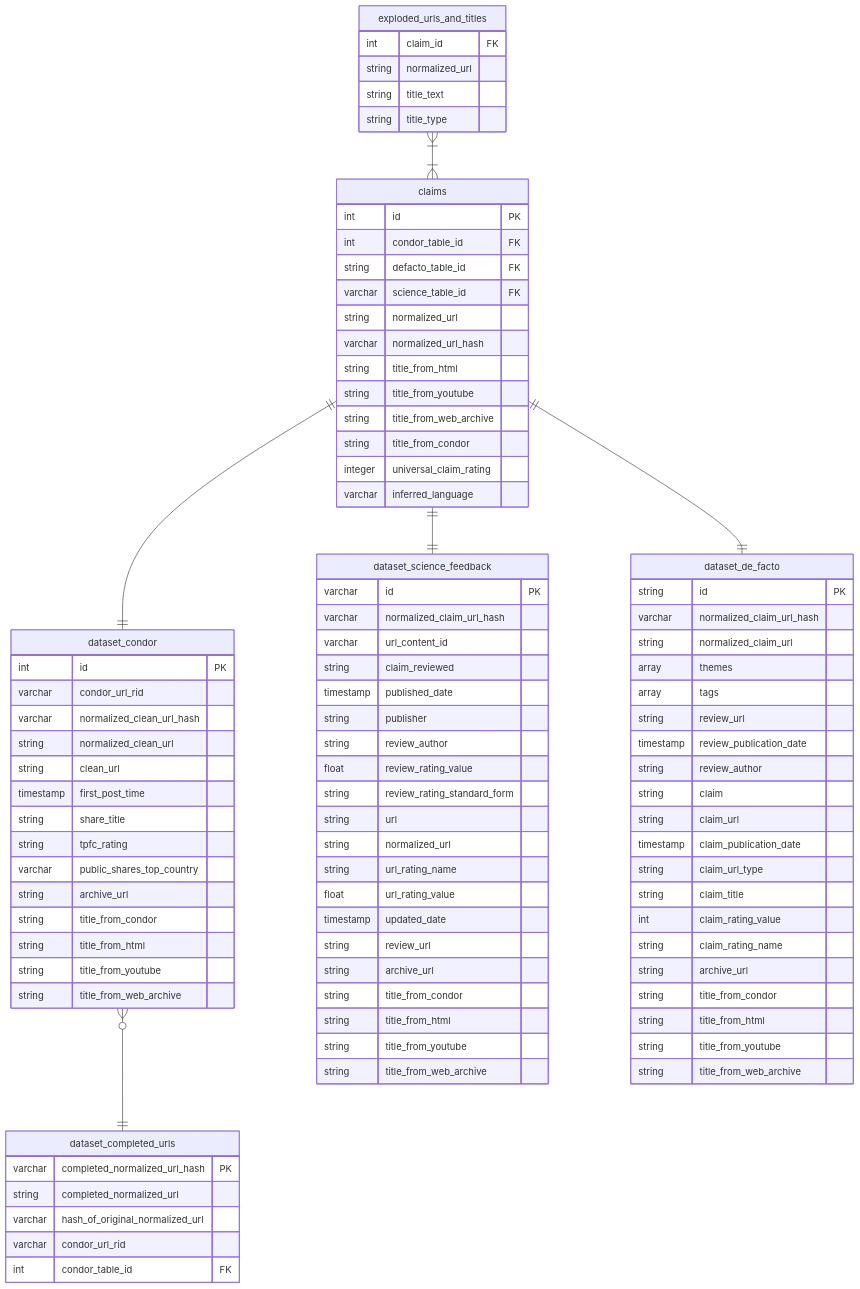
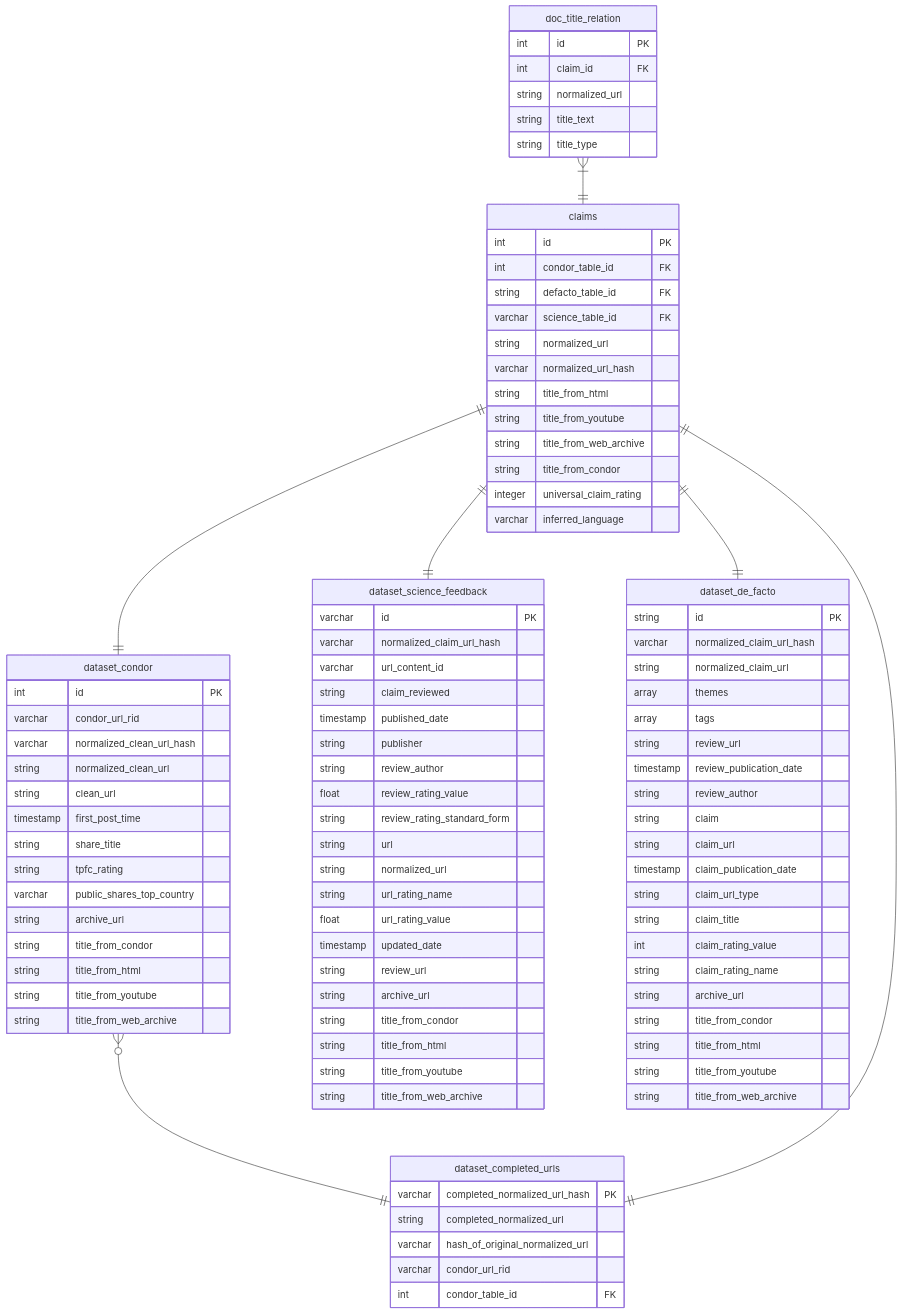
One commit to medialab/spsm-database changed the second of 2 diagrams in src/build-database/README.md. Above: the diagram before and after it, drawn with Mermaid. The commit also changed other lines of this file and 2 other files, not shown here.

```diff
--- a/src/build-database/README.md
+++ b/src/build-database/README.md
@@ -226,8 +244,9 @@
 
    }
 
+   dataset_condor }o--|| dataset_completed_urls : ""
 
-   dataset_condor }o--|| dataset_completed_urls : ""
+   claims ||--|| dataset_completed_urls: ""
 
    dataset_completed_urls {
       varchar completed_normalized_url_hash PK
@@ -252,9 +271,10 @@
       varchar inferred_language
    }
 
-   exploded_urls_and_titles }|--|{ claims: ""
+   doc_title_relation }|--|| claims: ""
 
-   exploded_urls_and_titles {
+   doc_title_relation {
+      int id PK
       int claim_id FK
       string normalized_url
       string title_text
```
